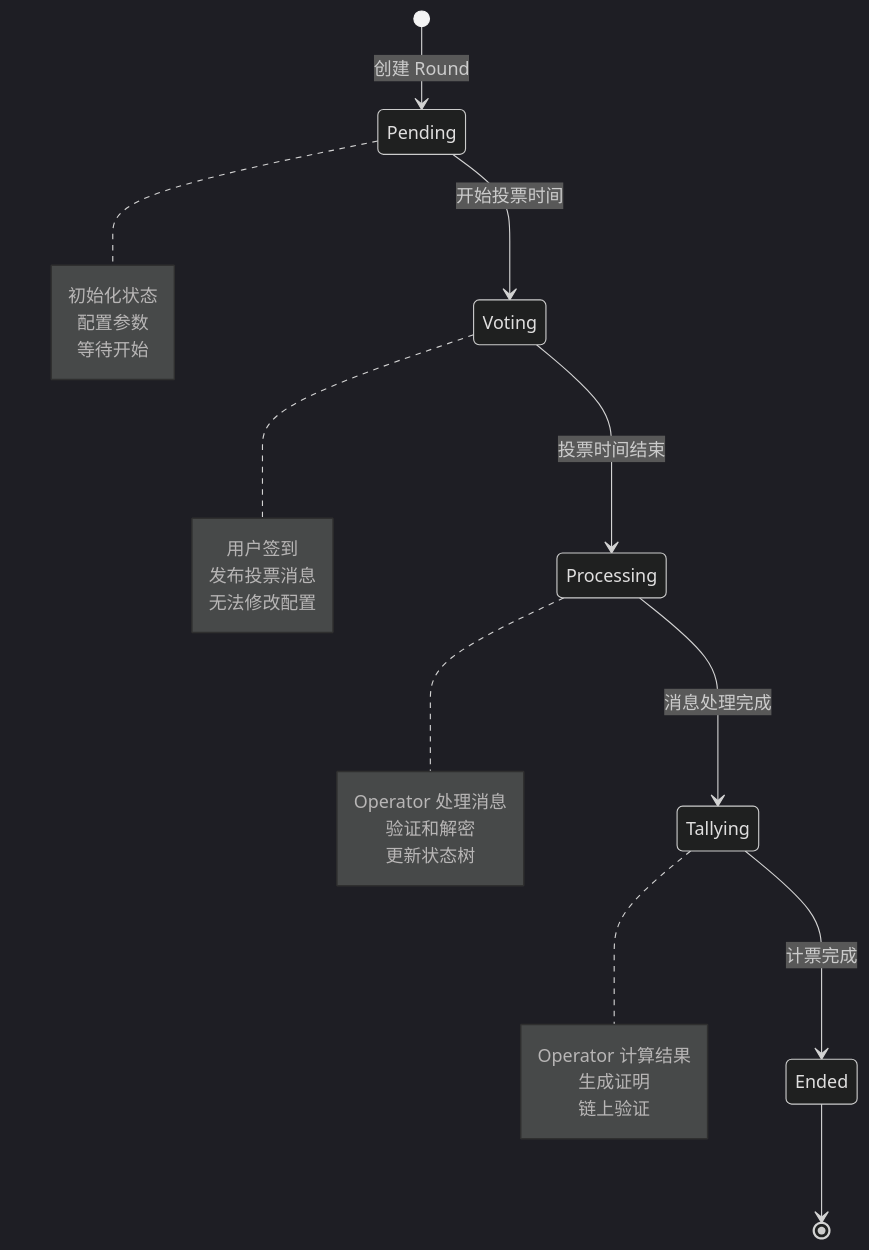
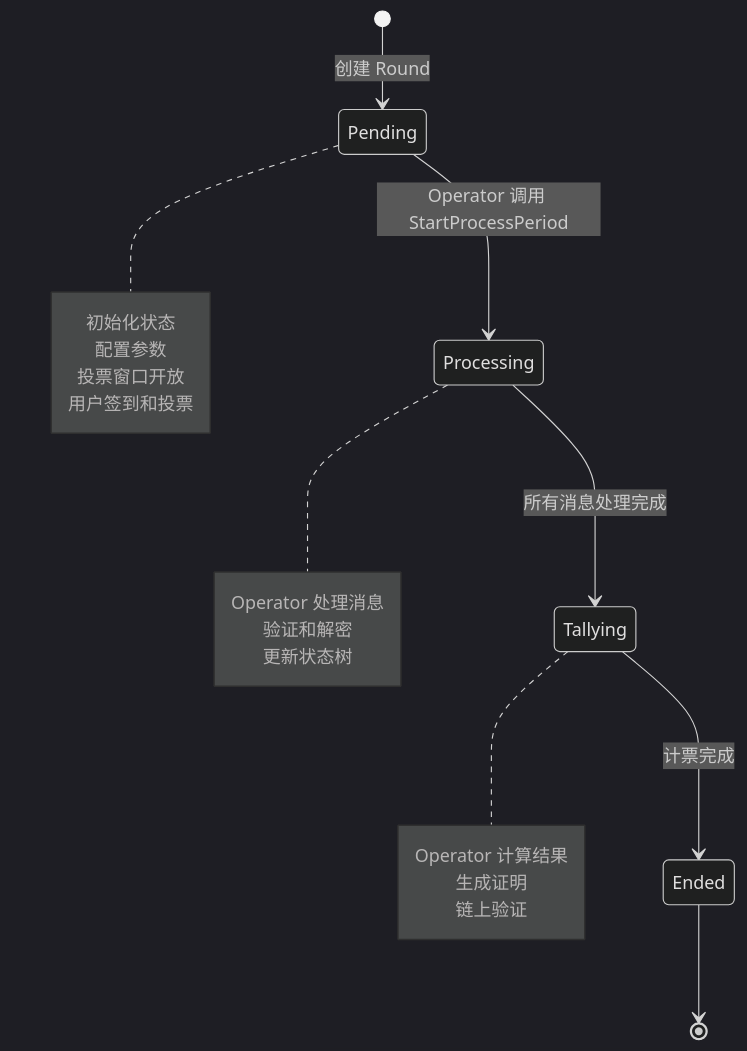
Before and after one commit to DoraFactory/maci: the fifth of 12 diagrams in docs/content/zh/docs/contracts/architecture.mdx, drawn with Mermaid (dark theme). The commit also changed other lines of this file and 29 other files, not shown here.

````diff
--- a/docs/content/zh/docs/contracts/architecture.mdx
+++ b/docs/content/zh/docs/contracts/architecture.mdx
@@ -168,33 +168,27 @@
 ```mermaid
 stateDiagram-v2
     [*] --> Pending: 创建 Round
-    Pending --> Voting: 开始投票时间
-    Voting --> Processing: 投票时间结束
-    Processing --> Tallying: 消息处理完成
+    Pending --> Processing: Operator 调用 StartProcessPeriod
+    Processing --> Tallying: 所有消息处理完成
     Tallying --> Ended: 计票完成
     Ended --> [*]
-    
+
     note right of Pending
         初始化状态
         配置参数
-        等待开始
+        投票窗口开放
+        用户签到和投票
     end note
-    
-    note right of Voting
-        用户签到
-        发布投票消息
-        无法修改配置
-    end note
-    
+
     note right of Processing
         Operator 处理消息
         验证和解密
         更新状态树
     end note
-    
+
     note right of Tallying
         Operator 计算结果
         生成证明
         链上验证
     end note
 ```
````
